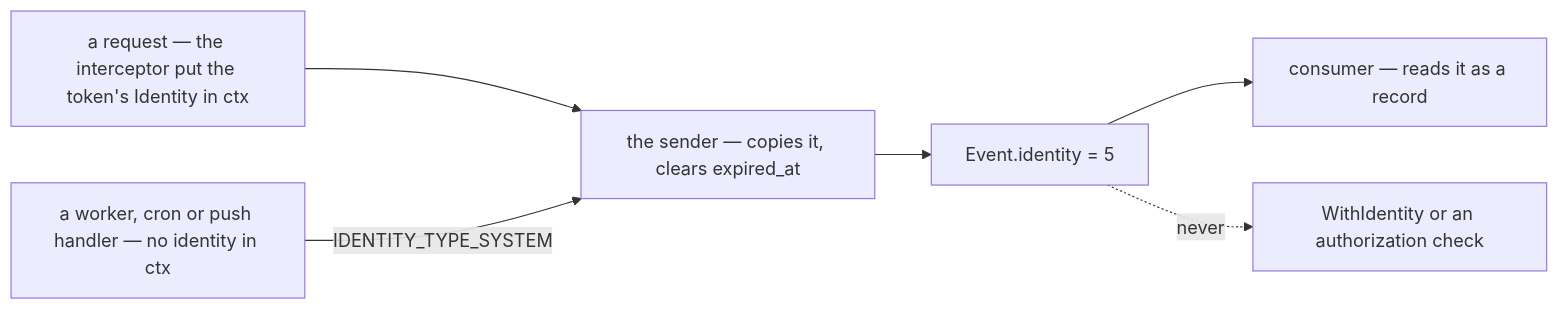
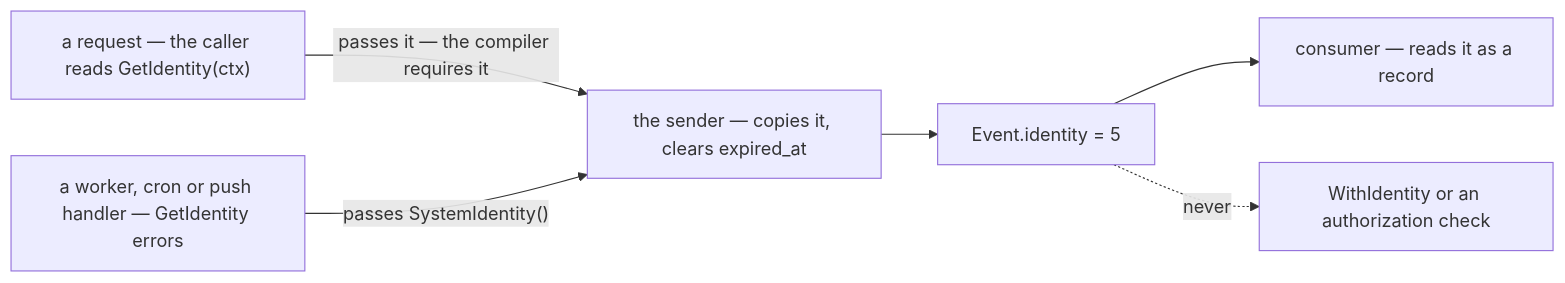
The eighth of 13 diagrams in docs/technical/event_architecture/context_clarify.md (pdcgo/warehouse_revamp), drawn with Mermaid before and after one commit. The commit also changed other lines of this file and 4 other files, not shown here.

First line of the commit message:
event architecture: eleven decisions, and no open questions left

````diff
--- a/docs/technical/event_architecture/context_clarify.md
+++ b/docs/technical/event_architecture/context_clarify.md
@@ -359,8 +514,8 @@
 ```mermaid
 flowchart LR
-  R["a request — the interceptor put the token's Identity in ctx"] --> S["the sender — copies it, clears expired_at"]
-  W["a worker, cron or push handler — no identity in ctx"] -->|"IDENTITY_TYPE_SYSTEM"| S
+  R["a request — the caller reads GetIdentity(ctx)"] -->|"passes it — the compiler requires it"| S["the sender — copies it, clears expired_at"]
+  W["a worker, cron or push handler — GetIdentity errors"] -->|"passes SystemIdentity()"| S
   S --> E["Event.identity = 5"]
   E --> C["consumer — reads it as a record"]
   E -.->|"never"| X["WithIdentity or an authorization check"]
 ```
````
